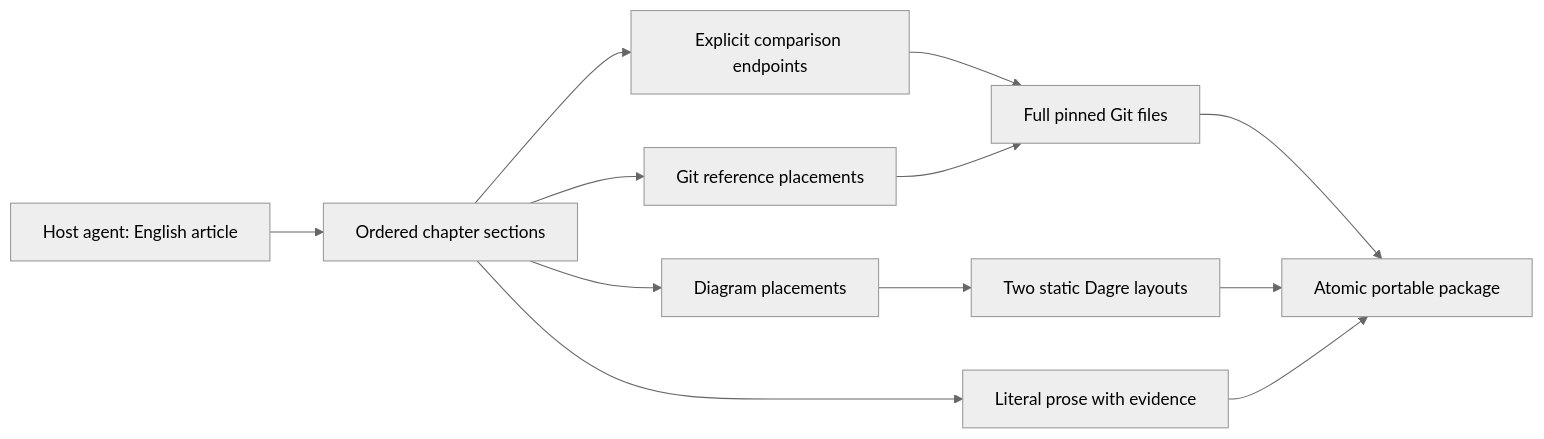
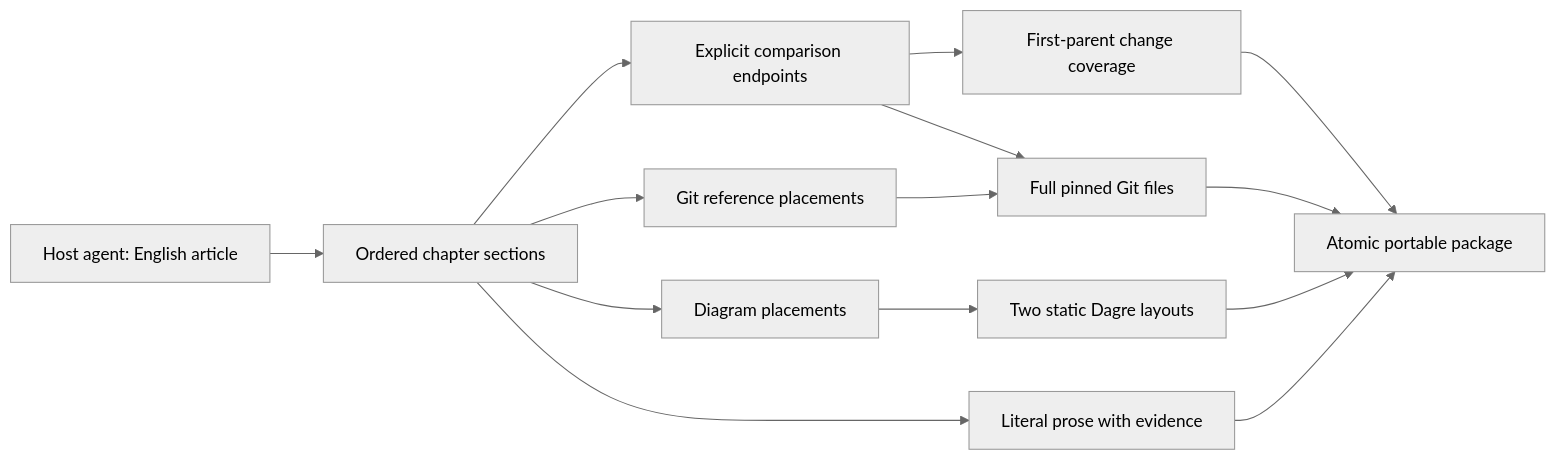
Before and after one commit to bajor/raccoon-mcp: the diagram in docs/architecture.md, drawn with Mermaid (neutral theme). The commit also changed other lines of this file and 10 other files, not shown here.

````diff
--- a/docs/architecture.md
+++ b/docs/architecture.md
@@ -14,14 +14,16 @@
 ```mermaid
 flowchart LR
     Agent[Host agent: English article] --> Contract[Ordered chapter sections]
     Contract --> Prose[Literal prose with evidence]
     Contract --> Code[Git reference placements]
     Contract --> Diff[Explicit comparison endpoints]
+    Diff --> Policy[First-parent change coverage]
+    Policy --> Package
     Diff --> Git
     Contract --> Graph[Diagram placements]
     Code --> Git[Full pinned Git files]
     Graph --> Dagre[Two static Dagre layouts]
     Git --> Package[Atomic portable package]
     Dagre --> Package
     Prose --> Package
 ```
````
